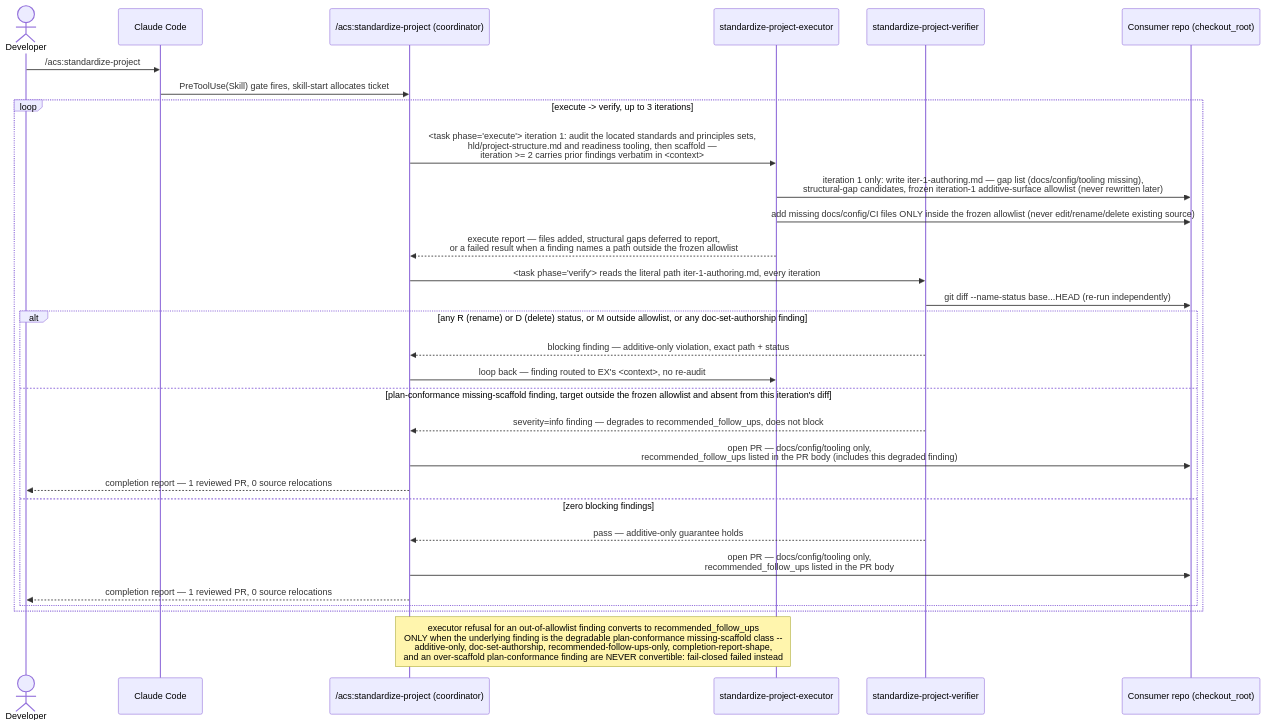
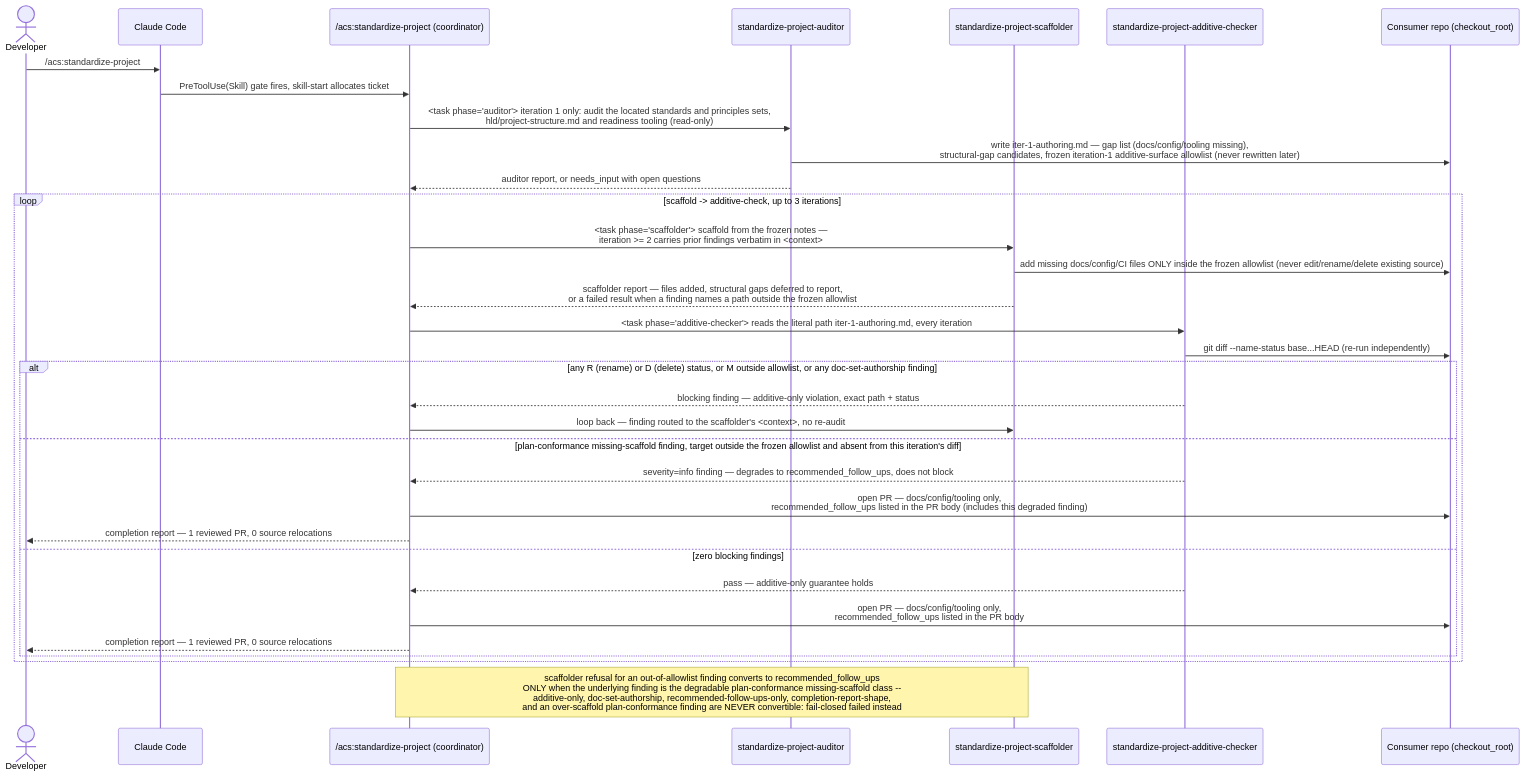
The diagram in docs/architecture/lld/flows/standardize-project.md (globalmindsolution/gms-marketplace), drawn with Mermaid before and after one commit. The commit also changed other lines of this file and 255 other files, not shown here.

````diff
--- a/docs/architecture/lld/flows/standardize-project.md
+++ b/docs/architecture/lld/flows/standardize-project.md
@@ -11,35 +13,39 @@
 ```mermaid
 sequenceDiagram
     actor Dev as Developer
     participant CC as Claude Code
     participant SP as /acs:standardize-project (coordinator)
-    participant EX as standardize-project-executor
-    participant VF as standardize-project-verifier
+    participant AU as standardize-project-auditor
+    participant SC as standardize-project-scaffolder
+    participant AC as standardize-project-additive-checker
     participant Repo as Consumer repo (checkout_root)
 
     Dev->>CC: /acs:standardize-project
     CC->>SP: PreToolUse(Skill) gate fires, skill-start allocates ticket
 
-    loop execute -> verify, up to 3 iterations
-        SP->>EX: <task phase="execute"> iteration 1: audit the located standards and principles sets,<br/>hld/project-structure.md and readiness tooling, then scaffold —<br/>iteration >= 2 carries prior findings verbatim in <context>
-        EX->>Repo: iteration 1 only: write iter-1-authoring.md — gap list (docs/config/tooling missing),<br/>structural-gap candidates, frozen iteration-1 additive-surface allowlist (never rewritten later)
-        EX->>Repo: add missing docs/config/CI files ONLY inside the frozen allowlist (never edit/rename/delete existing source)
-        EX-->>SP: execute report — files added, structural gaps deferred to report,<br/>or a failed result when a finding names a path outside the frozen allowlist
-        SP->>VF: <task phase="verify"> reads the literal path iter-1-authoring.md, every iteration
-        VF->>Repo: git diff --name-status base...HEAD (re-run independently)
+    SP->>AU: <task phase="auditor"> iteration 1 only: audit the located standards and principles sets,<br/>hld/project-structure.md and readiness tooling (read-only)
+    AU->>Repo: write iter-1-authoring.md — gap list (docs/config/tooling missing),<br/>structural-gap candidates, frozen iteration-1 additive-surface allowlist (never rewritten later)
+    AU-->>SP: auditor report, or needs_input with open questions
+
+    loop scaffold -> additive-check, up to 3 iterations
+        SP->>SC: <task phase="scaffolder"> scaffold from the frozen notes —<br/>iteration >= 2 carries prior findings verbatim in <context>
+        SC->>Repo: add missing docs/config/CI files ONLY inside the frozen allowlist (never edit/rename/delete existing source)
+        SC-->>SP: scaffolder report — files added, structural gaps deferred to report,<br/>or a failed result when a finding names a path outside the frozen allowlist
+        SP->>AC: <task phase="additive-checker"> reads the literal path iter-1-authoring.md, every iteration
+        AC->>Repo: git diff --name-status base...HEAD (re-run independently)
         alt any R (rename) or D (delete) status, or M outside allowlist, or any doc-set-authorship finding
-            VF-->>SP: blocking finding — additive-only violation, exact path + status
-            SP->>EX: loop back — finding routed to EX's <context>, no re-audit
+            AC-->>SP: blocking finding — additive-only violation, exact path + status
+            SP->>SC: loop back — finding routed to the scaffolder's <context>, no re-audit
         else plan-conformance missing-scaffold finding, target outside the frozen allowlist and absent from this iteration's diff
-            VF-->>SP: severity=info finding — degrades to recommended_follow_ups, does not block
+            AC-->>SP: severity=info finding — degrades to recommended_follow_ups, does not block
             SP->>Repo: open PR — docs/config/tooling only,<br/>recommended_follow_ups listed in the PR body (includes this degraded finding)
             SP-->>Dev: completion report — 1 reviewed PR, 0 source relocations
         else zero blocking findings
-            VF-->>SP: pass — additive-only guarantee holds
+            AC-->>SP: pass — additive-only guarantee holds
             SP->>Repo: open PR — docs/config/tooling only,<br/>recommended_follow_ups listed in the PR body
             SP-->>Dev: completion report — 1 reviewed PR, 0 source relocations
         end
     end
 
-    Note over SP,EX: executor refusal for an out-of-allowlist finding converts to recommended_follow_ups<br/>ONLY when the underlying finding is the degradable plan-conformance missing-scaffold class --<br/>additive-only, doc-set-authorship, recommended-follow-ups-only, completion-report-shape,<br/>and an over-scaffold plan-conformance finding are NEVER convertible: fail-closed failed instead
+    Note over SP,SC: scaffolder refusal for an out-of-allowlist finding converts to recommended_follow_ups<br/>ONLY when the underlying finding is the degradable plan-conformance missing-scaffold class --<br/>additive-only, doc-set-authorship, recommended-follow-ups-only, completion-report-shape,<br/>and an over-scaffold plan-conformance finding are NEVER convertible: fail-closed failed instead
 ```
````
